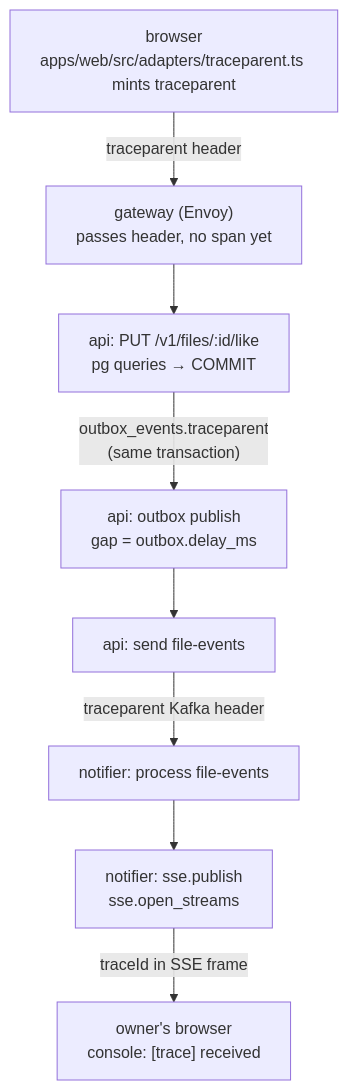
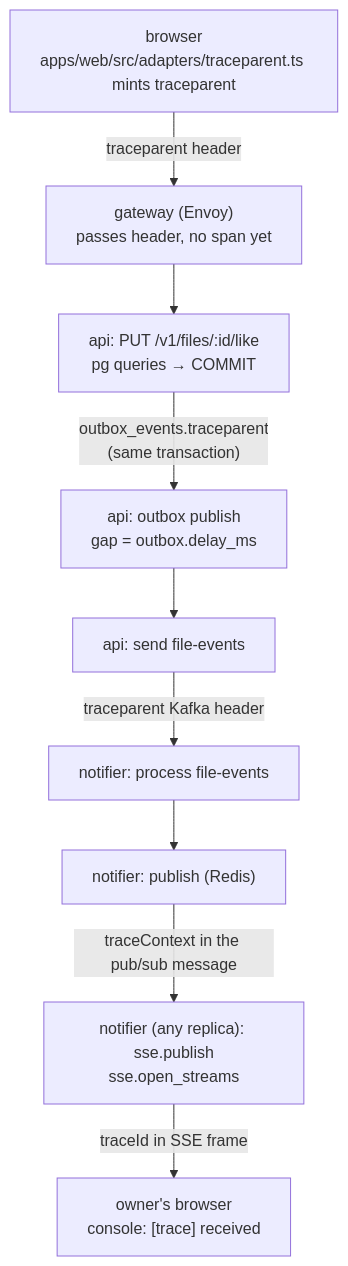
The fourth of 4 diagrams in docs/ARCHITECTURE.md (taraskhvyl/distributed-systems), drawn with Mermaid before and after one commit. The commit also changed other lines of this file and 13 other files, not shown here.

First line of the commit message:
feat(notifier): Redis pub/sub fan-out so SSE works with N replicas

````diff
--- a/docs/ARCHITECTURE.md
+++ b/docs/ARCHITECTURE.md
@@ -202,10 +206,11 @@
 ```mermaid
 flowchart TD
   B["browser<br/>apps/web/src/adapters/traceparent.ts mints traceparent"] -- "traceparent header" --> G["gateway (Envoy)<br/>passes header, no span yet"]
   G --> R["api: PUT /v1/files/:id/like<br/>pg queries → COMMIT"]
   R -- "outbox_events.traceparent<br/>(same transaction)" --> O["api: outbox publish<br/>gap = outbox.delay_ms"]
   O --> K["api: send file-events"]
   K -- "traceparent Kafka header" --> N["notifier: process file-events"]
-  N --> S["notifier: sse.publish<br/>sse.open_streams"]
+  N --> P["notifier: publish (Redis)"]
+  P -- "traceContext in the pub/sub message" --> S["notifier (any replica): sse.publish<br/>sse.open_streams"]
   S -- "traceId in SSE frame" --> BO["owner's browser<br/>console: [trace] received"]
 ```
````
